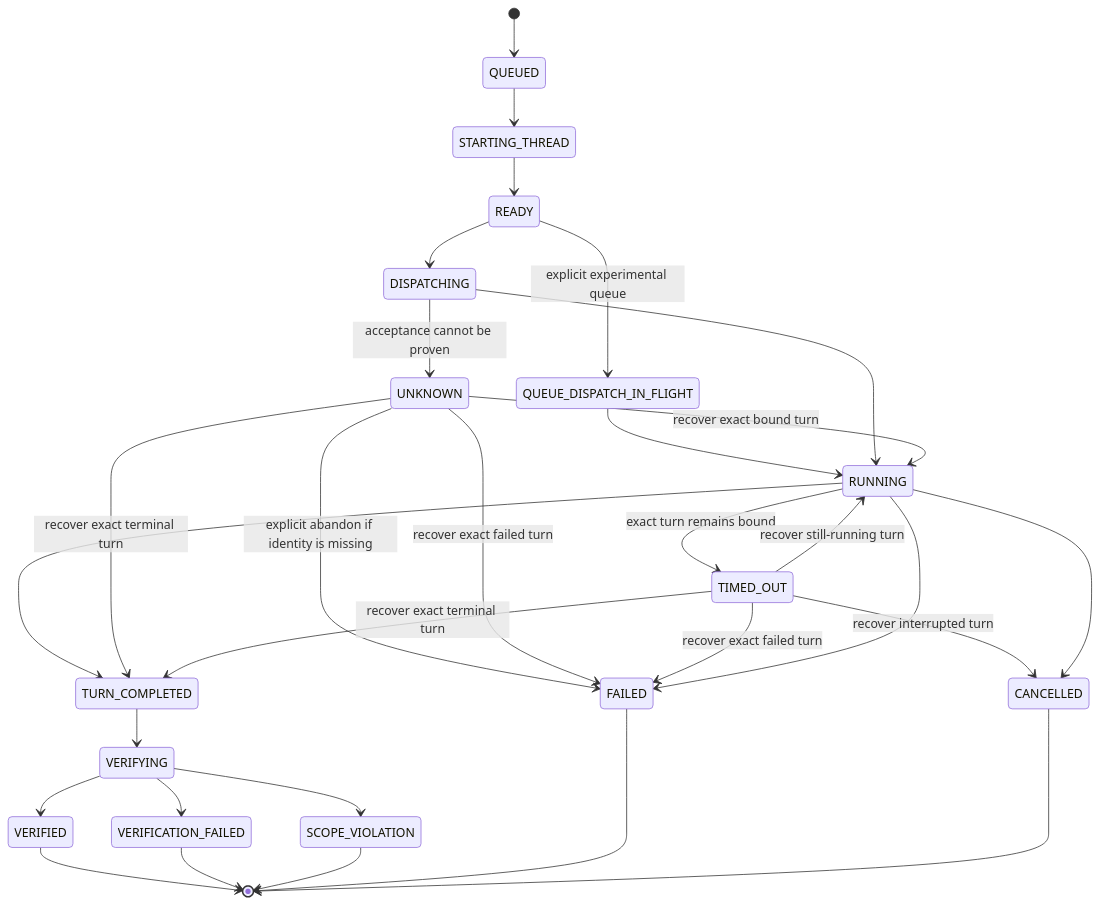
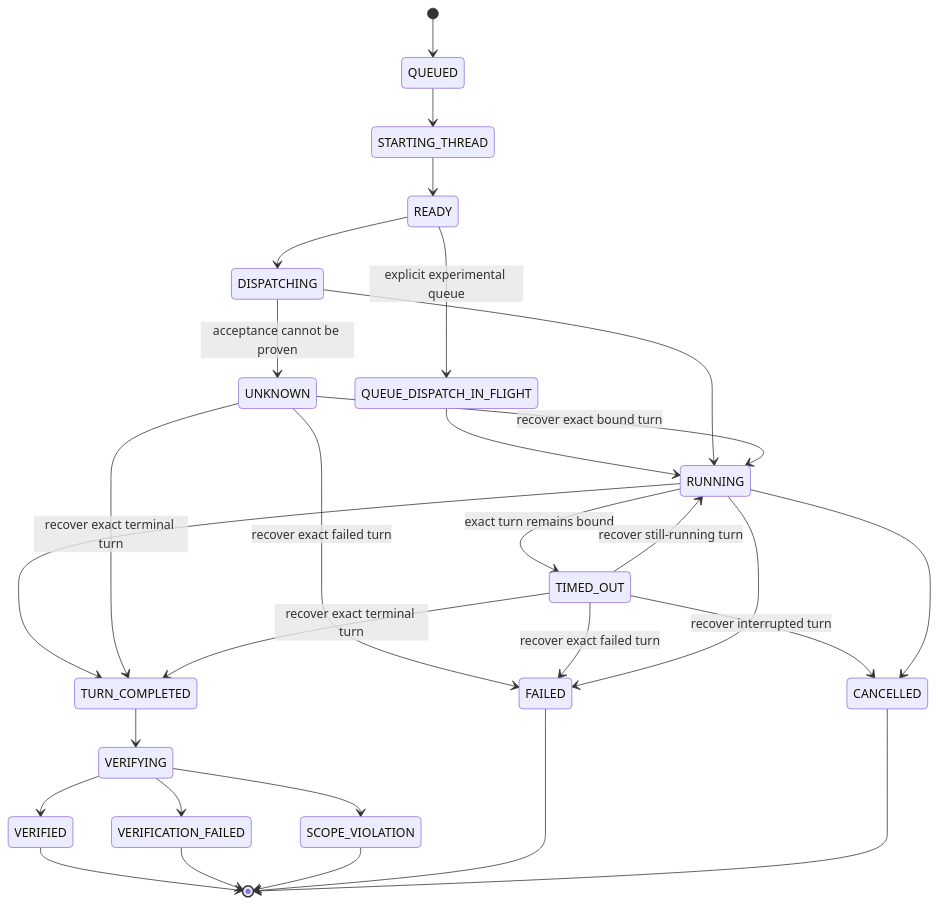
The second of 2 diagrams in README.md (AlekseiUL/hermes-codex-operator), drawn with Mermaid before and after one commit. The commit also changed other lines of this file and 23 other files, not shown here.

````diff
--- a/README.md
+++ b/README.md
@@ -293,32 +313,31 @@
 ```mermaid
 stateDiagram-v2
     [*] --> QUEUED
     QUEUED --> STARTING_THREAD
     STARTING_THREAD --> READY
     READY --> DISPATCHING
     READY --> QUEUE_DISPATCH_IN_FLIGHT: explicit experimental queue
     QUEUE_DISPATCH_IN_FLIGHT --> RUNNING
     DISPATCHING --> RUNNING
     RUNNING --> TURN_COMPLETED
     TURN_COMPLETED --> VERIFYING
     VERIFYING --> VERIFIED
     VERIFYING --> VERIFICATION_FAILED
     VERIFYING --> SCOPE_VIOLATION
     DISPATCHING --> UNKNOWN: acceptance cannot be proven
     RUNNING --> TIMED_OUT: exact turn remains bound
     UNKNOWN --> RUNNING: recover exact bound turn
     UNKNOWN --> TURN_COMPLETED: recover exact terminal turn
     TIMED_OUT --> RUNNING: recover still-running turn
     TIMED_OUT --> TURN_COMPLETED: recover exact terminal turn
-    UNKNOWN --> FAILED: explicit abandon if identity is missing
     UNKNOWN --> FAILED: recover exact failed turn
     TIMED_OUT --> FAILED: recover exact failed turn
     TIMED_OUT --> CANCELLED: recover interrupted turn
     RUNNING --> FAILED
     RUNNING --> CANCELLED
     VERIFIED --> [*]
     VERIFICATION_FAILED --> [*]
     SCOPE_VIOLATION --> [*]
     FAILED --> [*]
     CANCELLED --> [*]
 ```
````
